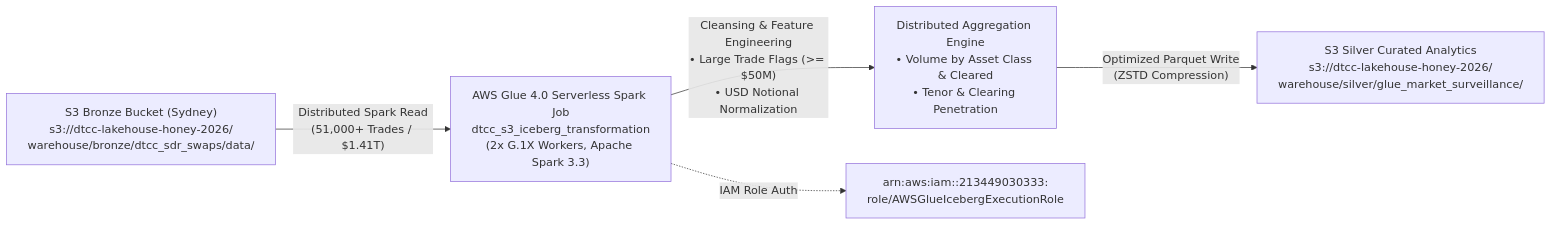
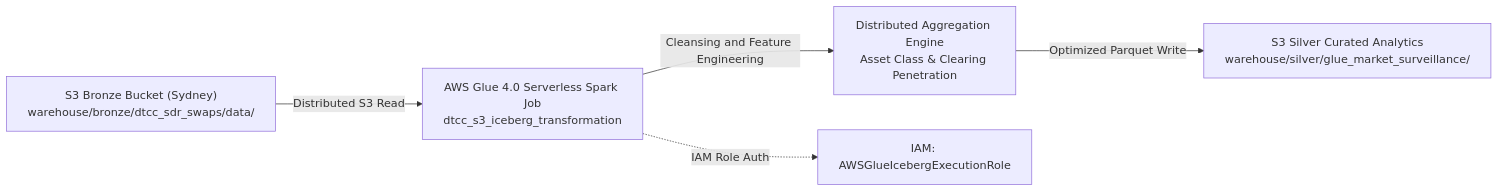
Before and after one commit to Abdullah-Program/omnitrade-open-lakehouse: the third of 3 diagrams in README.md, drawn with Mermaid. The commit also changed other lines of this file, not shown here.

Commit message:
fix(docs): optimize mermaid diagram syntax for GitHub rendering

````diff
--- a/README.md
+++ b/README.md
@@ -536,7 +536,7 @@
 ```mermaid
 flowchart LR
-    S3Bronze["S3 Bronze Bucket (Sydney)\ns3://dtcc-lakehouse-honey-2026/\nwarehouse/bronze/dtcc_sdr_swaps/data/"] -->|"Distributed Spark Read\n(51,000+ Trades / $1.41T)"| GlueJob["AWS Glue 4.0 Serverless Spark Job\ndtcc_s3_iceberg_transformation\n(2x G.1X Workers, Apache Spark 3.3)"]
-    GlueJob -->|"Cleansing & Feature Engineering\n• Large Trade Flags (>= $50M)\n• USD Notional Normalization"| Transform["Distributed Aggregation Engine\n• Volume by Asset Class & Cleared\n• Tenor & Clearing Penetration"]
-    Transform -->|"Optimized Parquet Write\n(ZSTD Compression)"| S3Silver["S3 Silver Curated Analytics\ns3://dtcc-lakehouse-honey-2026/\nwarehouse/silver/glue_market_surveillance/"]
-    GlueJob -.->|"IAM Role Auth"| IAMRole["arn:aws:iam::213449030333:\nrole/AWSGlueIcebergExecutionRole"]
+    S3Bronze["S3 Bronze Bucket (Sydney)<br>warehouse/bronze/dtcc_sdr_swaps/data/"] -->|Distributed S3 Read| GlueJob["AWS Glue 4.0 Serverless Spark Job<br>dtcc_s3_iceberg_transformation"]
+    GlueJob -->|Cleansing and Feature Engineering| Transform["Distributed Aggregation Engine<br>Asset Class & Clearing Penetration"]
+    Transform -->|Optimized Parquet Write| S3Silver["S3 Silver Curated Analytics<br>warehouse/silver/glue_market_surveillance/"]
+    GlueJob -.->|IAM Role Auth| IAMRole["IAM: AWSGlueIcebergExecutionRole"]
 ```
````
